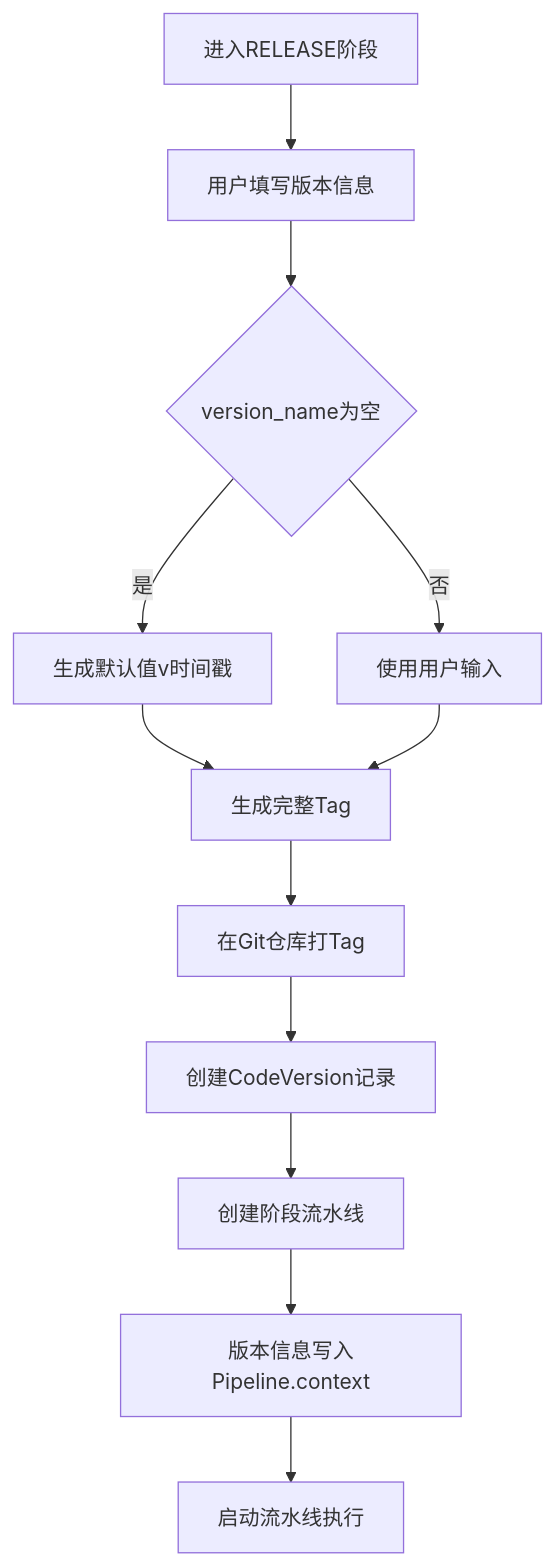
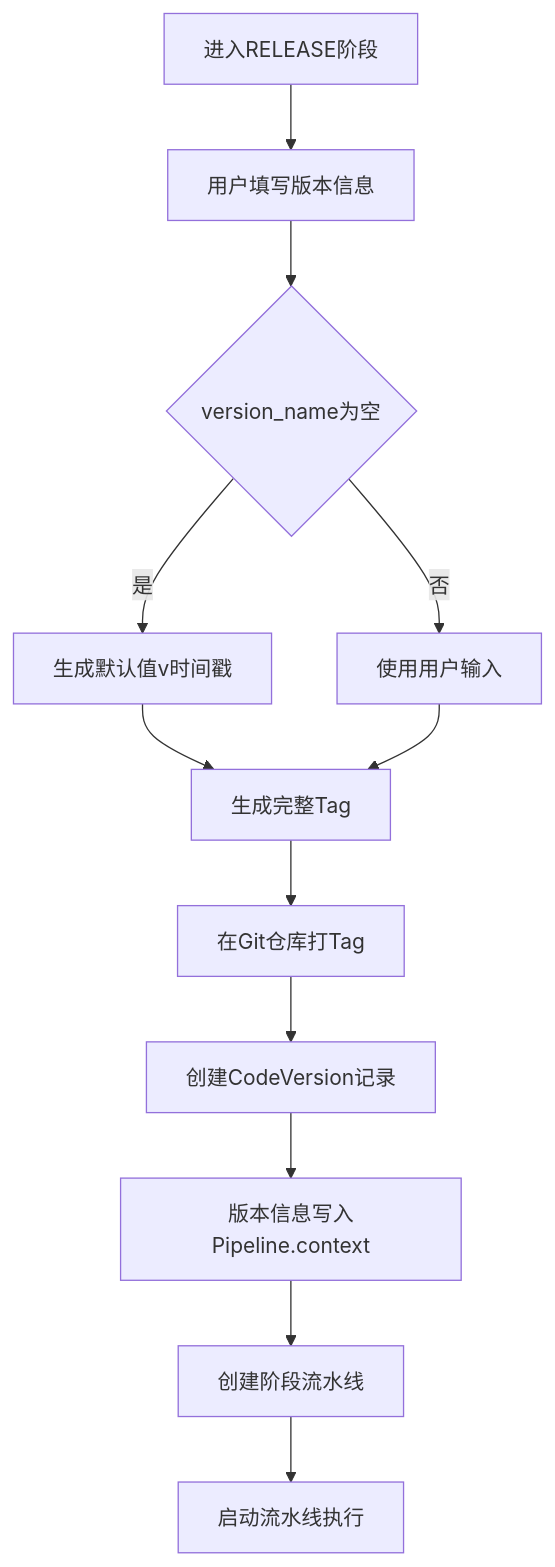
One commit to qdw497874677/high-code-doc changed the fourth of 8 diagrams in docs/plans/procode-platform/hld/hld.md. Above: the diagram before and after it, drawn with Mermaid.

Commit message:
docs: 调换创建阶段流水线和写入context的顺序

````diff
--- a/docs/plans/procode-platform/hld/hld.md
+++ b/docs/plans/procode-platform/hld/hld.md
@@ -179,14 +179,14 @@
 ```mermaid
 flowchart TD
     A[进入RELEASE阶段] --> B[用户填写版本信息]
     B --> C{version_name为空}
     C -->|是| D[生成默认值v时间戳]
     C -->|否| E[使用用户输入]
     D --> F[生成完整Tag]
     E --> F
     F --> G[在Git仓库打Tag]
     G --> H[创建CodeVersion记录]
-    H --> I[创建阶段流水线]
-    I --> J[版本信息写入Pipeline.context]
+    H --> I[版本信息写入Pipeline.context]
+    I --> J[创建阶段流水线]
     J --> K[启动流水线执行]
 ```
````
